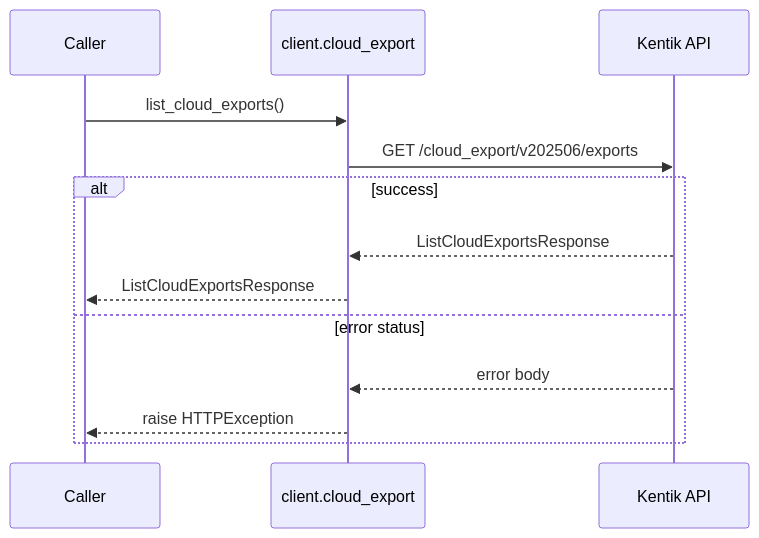
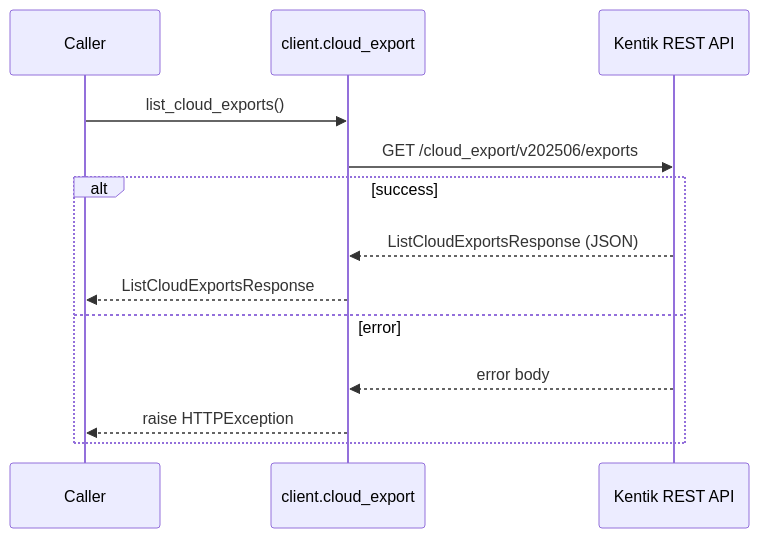
One commit to alexdearaujo/community_sdk_python changed the second of 12 diagrams in docs/sphinx/services/cloud_export.md. Above: the diagram before and after it, drawn with Mermaid. The commit also changed other lines of this file and 61 other files, not shown here.

````diff
--- a/docs/sphinx/services/cloud_export.md
+++ b/docs/sphinx/services/cloud_export.md
@@ -33,16 +35,16 @@
 ```mermaid
 sequenceDiagram
     participant C as Caller
     participant W as client.cloud_export
-    participant API as Kentik API
+    participant API as Kentik REST API
 
     C->>W: list_cloud_exports()
     W->>API: GET /cloud_export/v202506/exports
     alt success
-        API-->>W: ListCloudExportsResponse
+        API-->>W: ListCloudExportsResponse (JSON)
         W-->>C: ListCloudExportsResponse
-    else error status
+    else error
         API-->>W: error body
         W-->>C: raise HTTPException
     end
 ```
````
